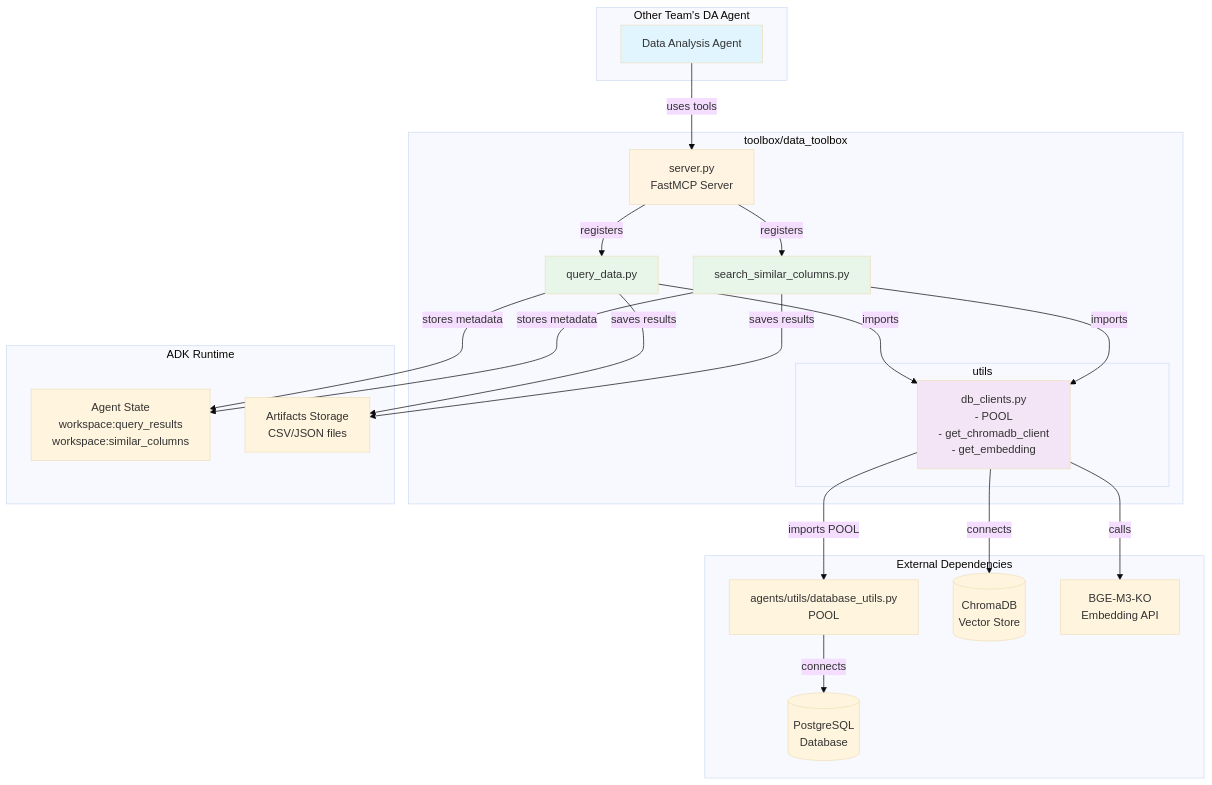
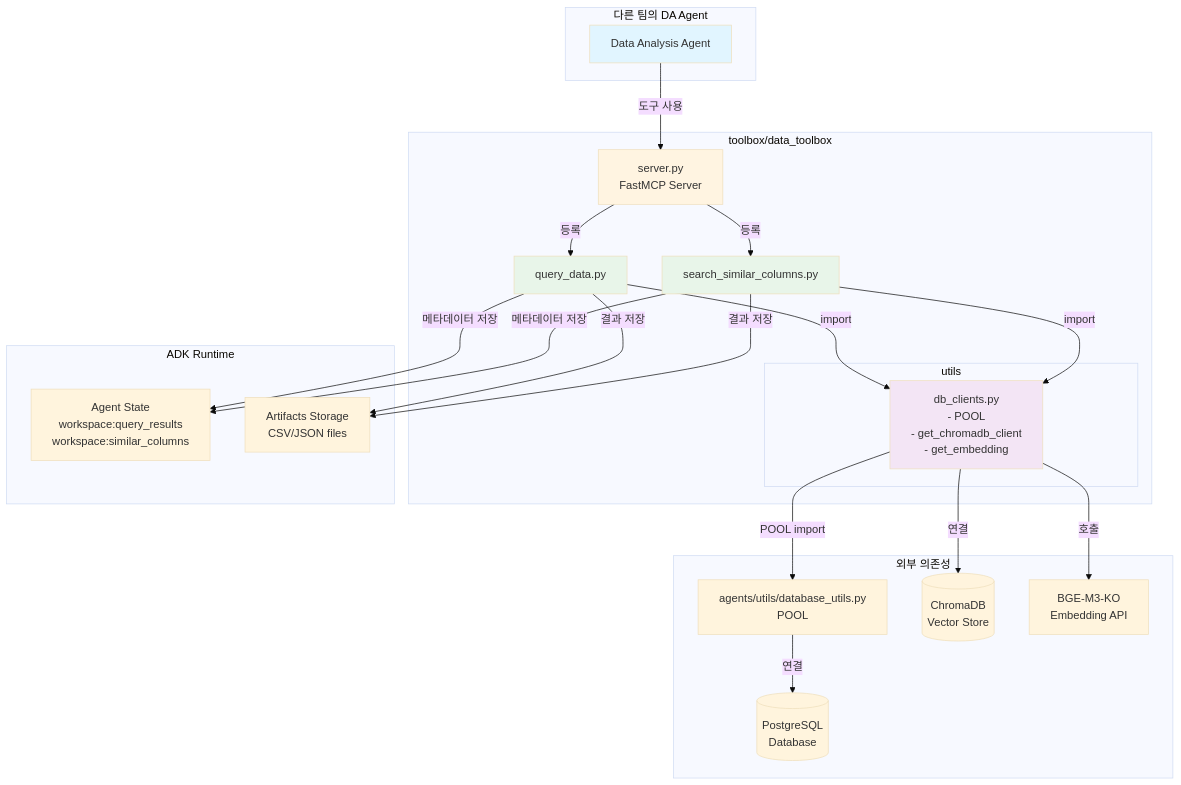
The first of 6 diagrams in data_toolbox_archi.md (beyonwr/agent-adk-data-search), drawn with Mermaid (base theme) before and after one commit. The commit also changed other lines of this file, not shown here.

````diff
--- a/data_toolbox_archi.md
+++ b/data_toolbox_archi.md
@@ -5,52 +5,52 @@
 ```mermaid
 graph TB
-    subgraph "Other Team's DA Agent"
+    subgraph "다른 팀의 DA Agent"
         Agent[Data Analysis Agent]
     end
 
     subgraph "toolbox/data_toolbox"
         Server[server.py<br/>FastMCP Server]
         QueryTool[query_data.py]
         SearchTool[search_similar_columns.py]
 
         subgraph "utils"
             DBClients[db_clients.py<br/>- POOL<br/>- get_chromadb_client<br/>- get_embedding]
         end
     end
 
-    subgraph "External Dependencies"
+    subgraph "외부 의존성"
         POOL_SRC[agents/utils/database_utils.py<br/>POOL]
         PostgreSQL[(PostgreSQL<br/>Database)]
         ChromaDB[(ChromaDB<br/>Vector Store)]
         BGE[BGE-M3-KO<br/>Embedding API]
     end
 
     subgraph "ADK Runtime"
         State[Agent State<br/>workspace:query_results<br/>workspace:similar_columns]
         Artifacts[Artifacts Storage<br/>CSV/JSON files]
     end
 
-    Agent -->|uses tools| Server
-    Server -->|registers| QueryTool
-    Server -->|registers| SearchTool
+    Agent -->|도구 사용| Server
+    Server -->|등록| QueryTool
+    Server -->|등록| SearchTool
 
-    QueryTool -->|imports| DBClients
-    SearchTool -->|imports| DBClients
+    QueryTool -->|import| DBClients
+    SearchTool -->|import| DBClients
 
-    DBClients -->|imports POOL| POOL_SRC
-    POOL_SRC -->|connects| PostgreSQL
+    DBClients -->|POOL import| POOL_SRC
+    POOL_SRC -->|연결| PostgreSQL
 
-    DBClients -->|connects| ChromaDB
-    DBClients -->|calls| BGE
+    DBClients -->|연결| ChromaDB
+    DBClients -->|호출| BGE
 
-    QueryTool -->|saves results| Artifacts
-    QueryTool -->|stores metadata| State
-    SearchTool -->|saves results| Artifacts
-    SearchTool -->|stores metadata| State
+    QueryTool -->|결과 저장| Artifacts
+    QueryTool -->|메타데이터 저장| State
+    SearchTool -->|결과 저장| Artifacts
+    SearchTool -->|메타데이터 저장| State
 
     style Agent fill:#e1f5ff
     style Server fill:#fff4e1
     style QueryTool fill:#e8f5e9
     style SearchTool fill:#e8f5e9
     style DBClients fill:#f3e5f5
 ```
````
